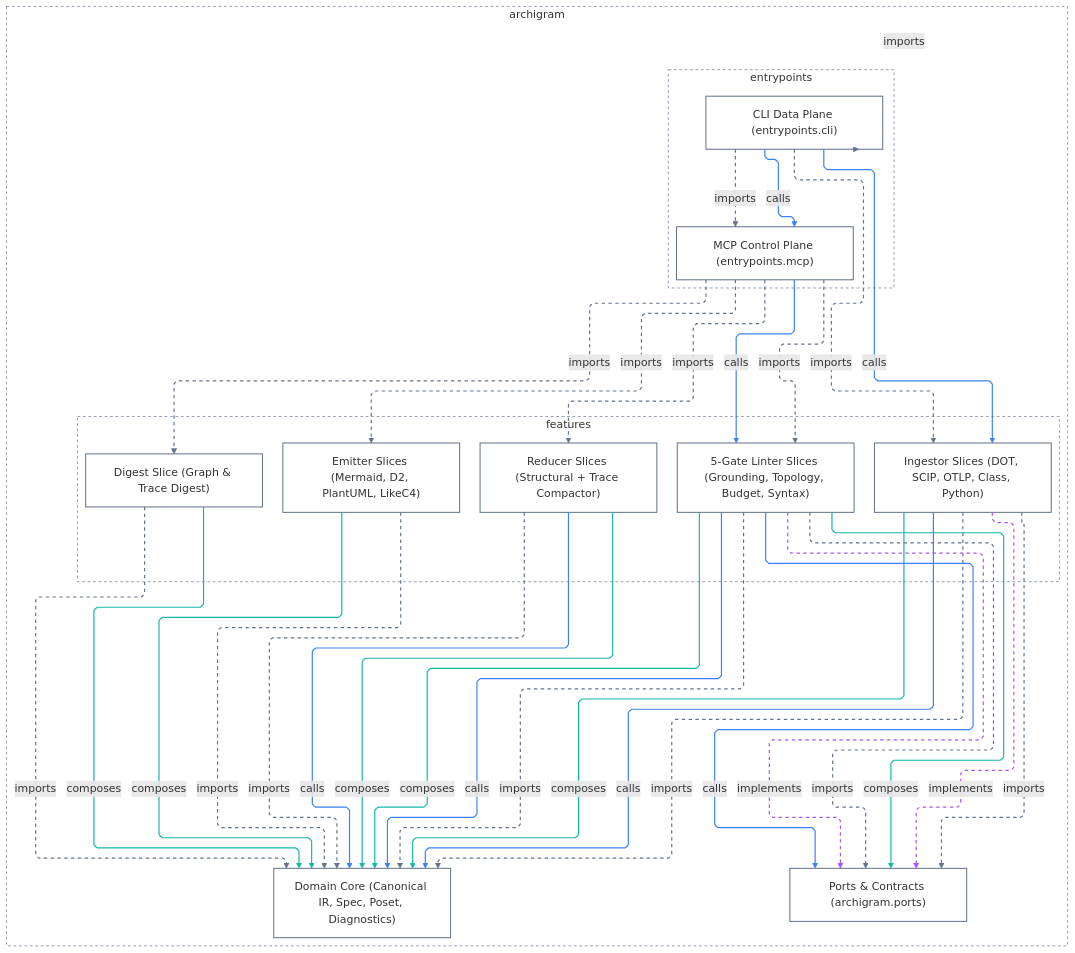
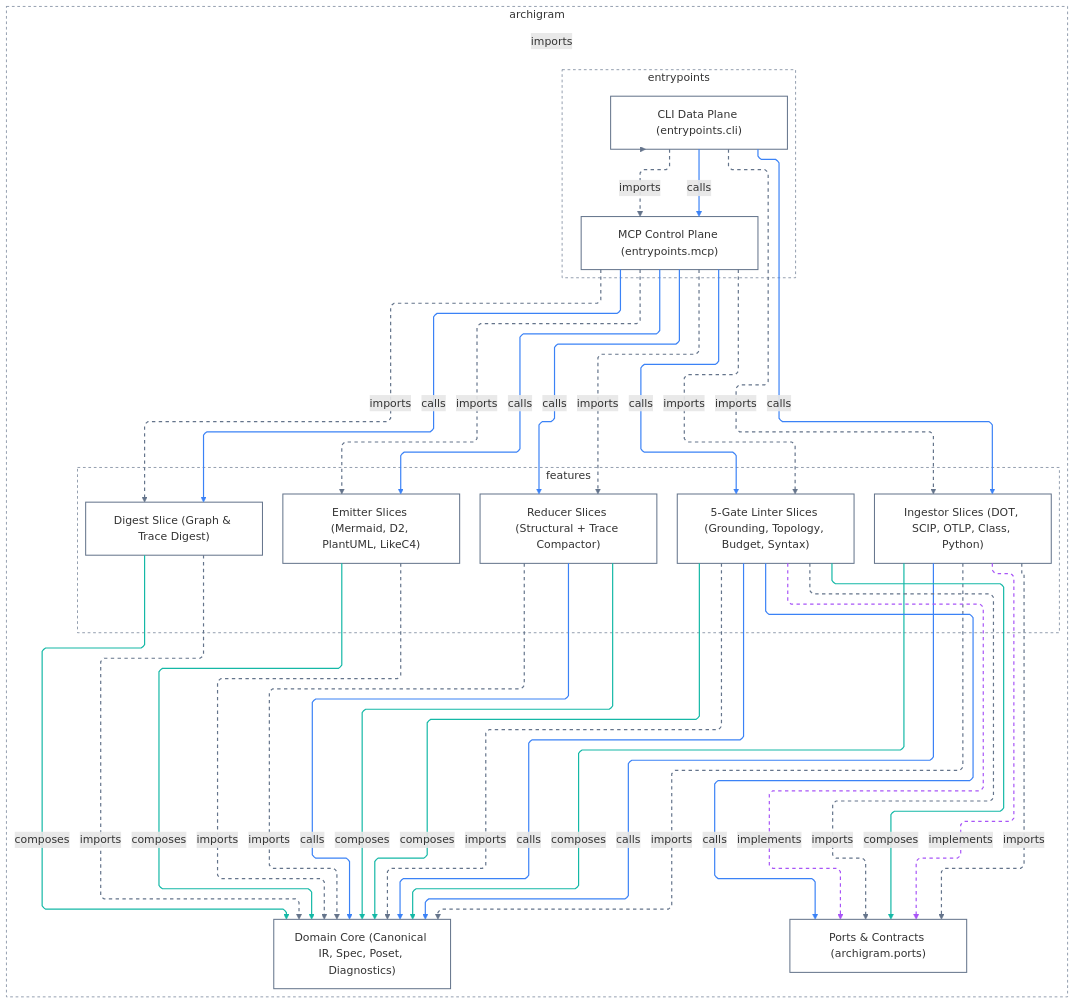
One commit to klcd/archigram changed the diagram in docs/architecture/diagrams/l0_hexagonal_rings_mermaid.mmd. Above: the diagram before and after it, drawn with Mermaid. The commit also changed 44 other files, not shown here.

```diff
--- a/docs/architecture/diagrams/l0_hexagonal_rings_mermaid.mmd
+++ b/docs/architecture/diagrams/l0_hexagonal_rings_mermaid.mmd
@@ -1,63 +1,66 @@
 ---
 config:
   layout: elk
   elk:
     mergeEdges: false
     nodePlacementStrategy: BRANDES_KOEPF
   flowchart:
     defaultRenderer: elk
     curve: linear
 ---
 flowchart TD
   classDef default fill:transparent,stroke:#64748b,stroke-width:1.5px
   subgraph n0["archigram"]
     subgraph n1["entrypoints"]
       n3["CLI Data Plane (entrypoints.cli)"]
       n10["MCP Control Plane (entrypoints.mcp)"]
     end
     subgraph n2["features"]
       n5["Digest Slice (Graph & Trace Digest)"]
       n6["Emitter Slices (Mermaid, D2, PlantUML, LikeC4)"]
       n7["Ingestor Slices (DOT, SCIP, OTLP, Class, Python)"]
       n8["5-Gate Linter Slices (Grounding, Topology, Budget, Syntax)"]
       n9["Reducer Slices (Structural + Trace Compactor)"]
     end
     n4["Domain Core (Canonical IR, Spec, Poset, Diagnostics)"]
     n11["Ports & Contracts (archigram.ports)"]
   end
   style n0 fill:transparent,stroke:#64748b,stroke-width:1px,stroke-dasharray:4 4
   style n1 fill:transparent,stroke:#64748b,stroke-width:1px,stroke-dasharray:4 4
   style n2 fill:transparent,stroke:#64748b,stroke-width:1px,stroke-dasharray:4 4
   n3 -.->|"imports"| n0
   n7 -->|"composes"| n4
   n8 -->|"composes"| n4
   n7 -->|"calls"| n4
   n5 -.->|"imports"| n4
   n5 -->|"composes"| n4
   n9 -.->|"imports"| n4
   n9 -->|"calls"| n4
   n9 -->|"composes"| n4
   n7 -.->|"imports"| n4
   n8 -.->|"imports"| n4
   n8 -->|"calls"| n4
   n6 -.->|"imports"| n4
   n6 -->|"composes"| n4
+  n10 -->|"calls"| n5
   n10 -.->|"imports"| n5
+  n10 -->|"calls"| n6
   n10 -.->|"imports"| n6
   n3 -->|"calls"| n7
   n3 -.->|"imports"| n7
   n10 -.->|"imports"| n8
   n10 -->|"calls"| n8
   n10 -.->|"imports"| n9
+  n10 -->|"calls"| n9
   n3 -->|"calls"| n10
   n3 -.->|"imports"| n10
   n8 -.->|"implements"| n11
   n8 -.->|"imports"| n11
   n7 -.->|"implements"| n11
   n7 -.->|"imports"| n11
   n8 -->|"composes"| n11
   n8 -->|"calls"| n11
-  linkStyle 0,4,6,9,10,12,14,15,17,18,20,22,24,26 stroke:#64748b,stroke-width:1.75px,stroke-dasharray:5 5
-  linkStyle 1,2,5,8,13,27 stroke:#14b8a6,stroke-width:1.75px
-  linkStyle 3,7,11,16,19,21,28 stroke:#3b82f6,stroke-width:1.75px
-  linkStyle 23,25 stroke:#a855f7,stroke-width:1.75px,stroke-dasharray:5 5
+  linkStyle 0,4,6,9,10,12,15,17,19,20,22,25,27,29 stroke:#64748b,stroke-width:1.75px,stroke-dasharray:5 5
+  linkStyle 1,2,5,8,13,30 stroke:#14b8a6,stroke-width:1.75px
+  linkStyle 3,7,11,14,16,18,21,23,24,31 stroke:#3b82f6,stroke-width:1.75px
+  linkStyle 26,28 stroke:#a855f7,stroke-width:1.75px,stroke-dasharray:5 5
```
